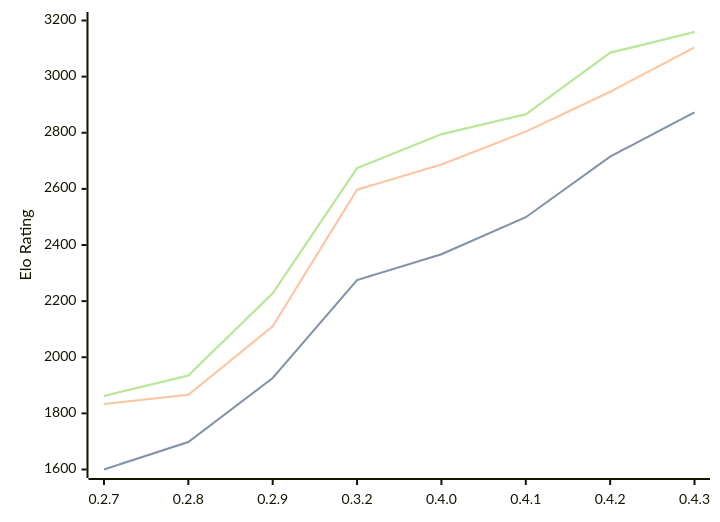
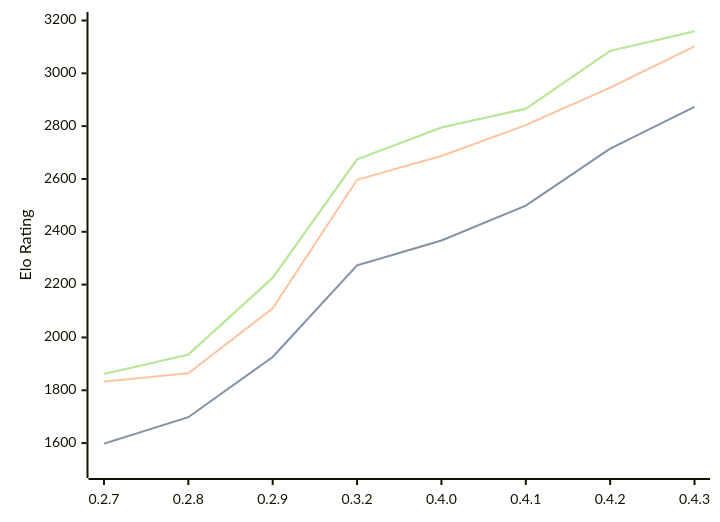
Before and after one commit to computer-chess-index/cci: the diagram in engines/Dual.md, drawn with Mermaid. The commit also changed other lines of this file, not shown here.

Commit message:
Update CCI Ratings (ELO VLTC) - 2026-09-17

````diff
--- a/engines/Dual.md
+++ b/engines/Dual.md
@@ -40,11 +40,11 @@
 ```mermaid
 %%{init: {"theme":"base","themeVariables":{"seriesColors:['#a3a3a3','#222221','#faa371']}}}%%
 xychart-beta
   x-axis ["0.2.7", "0.2.8", "0.2.9", "0.3.2", "0.4.0", "0.4.1", "0.4.2", "0.4.3"]
-  y-axis "Elo Rating" 1600 --> 3200
-  line "" [1600, 1698, 1926, 2275, 2367, 2499, 2715, 2873]
-  line "STC (8.0+0.08s)" [1600, 1698, 1926, 2275, 2367, 2499, 2715, 2873]
-  line "LTC (60.0+0.60s)" [1833, 1866, 2110, 2597, 2687, 2804, 2946, 3104]
-  line "" [1862, 1935, 2228, 2674, 2795, 2866, 3085, 3159]
-  line "VLTC (2m24s+1.12s)" [1862, 1935, 2228, 2674, 2795, 2866, 3085, 3159]
+  y-axis "Elo Rating" 1500 --> 3200
+  line "" [1598, 1698, 1926, 2273, 2367, 2499, 2715, 2873]
+  line "STC (8.0+0.08s)" [1598, 1698, 1926, 2273, 2367, 2499, 2715, 2873]
+  line "LTC (60.0+0.60s)" [1833, 1864, 2110, 2597, 2687, 2804, 2946, 3102]
+  line "" [1862, 1935, 2226, 2674, 2795, 2866, 3085, 3159]
+  line "VLTC (2m24s+1.12s)" [1862, 1935, 2226, 2674, 2795, 2866, 3085, 3159]
 ```
````
